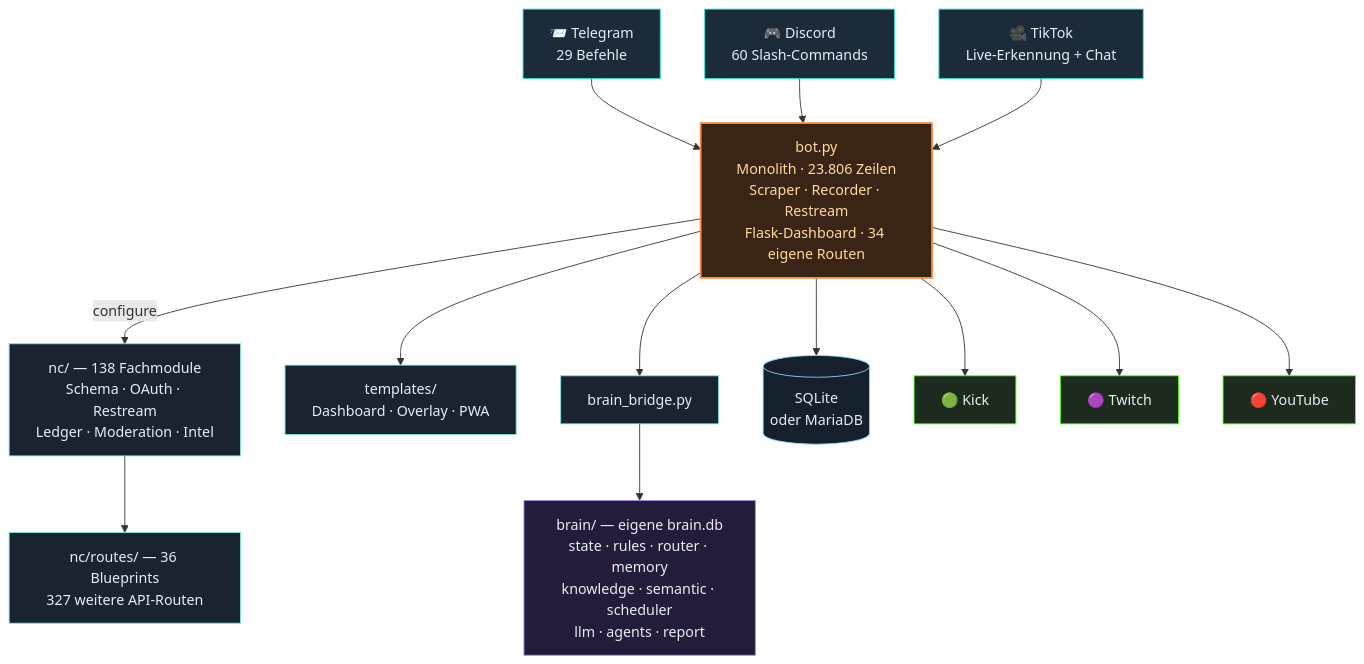
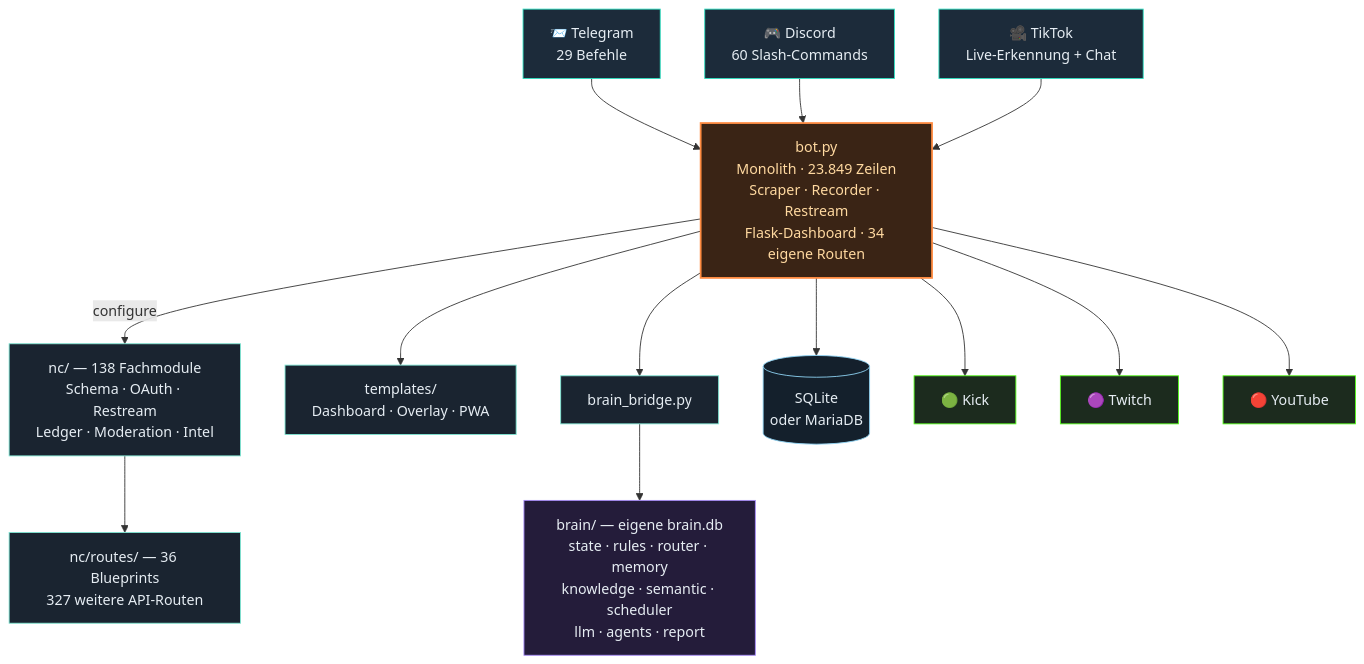
Before and after one commit to itsamemedev/Telegram-Stream-Info-Bot: the third of 4 diagrams in README.md, drawn with Mermaid. The commit also changed other lines of this file and 8 other files, not shown here.

````diff
--- a/README.md
+++ b/README.md
@@ -189,30 +189,30 @@
 ```mermaid
 flowchart TB
     TG["📨 Telegram<br/>29 Befehle"]:::ein
     DC["🎮 Discord<br/>60 Slash-Commands"]:::ein
     TT["🎥 TikTok<br/>Live-Erkennung + Chat"]:::ein
 
     TG --> BOT
     DC --> BOT
     TT --> BOT
 
-    BOT["bot.py<br/>Monolith · 23.806 Zeilen<br/>Scraper · Recorder · Restream<br/>Flask-Dashboard · 34 eigene Routen"]:::core
+    BOT["bot.py<br/>Monolith · 23.849 Zeilen<br/>Scraper · Recorder · Restream<br/>Flask-Dashboard · 34 eigene Routen"]:::core
 
     BOT -->|configure| NC["nc/ — 138 Fachmodule<br/>Schema · OAuth · Restream<br/>Ledger · Moderation · Intel"]:::lib
     NC --> RT["nc/routes/ — 36 Blueprints<br/>327 weitere API-Routen"]:::lib
     BOT --> TPL["templates/<br/>Dashboard · Overlay · PWA"]:::lib
     BOT --> BR["brain_bridge.py"]:::lib
     BR --> BRAIN["brain/ — eigene brain.db<br/>state · rules · router · memory<br/>knowledge · semantic · scheduler<br/>llm · agents · report"]:::brain
     BOT --> DB[("SQLite<br/>oder MariaDB")]:::db
 
     BOT --> KICK["🟢 Kick"]:::out
     BOT --> TW["🟣 Twitch"]:::out
     BOT --> YT["🔴 YouTube"]:::out
 
     classDef ein fill:#1c2b3a,stroke:#2de1c2,color:#e6edf3
     classDef core fill:#3a2415,stroke:#ff8c42,stroke-width:2px,color:#ffd9a0
     classDef lib fill:#1a2430,stroke:#7fe7d4,color:#e6edf3
     classDef brain fill:#241c3a,stroke:#a78bfa,color:#e6edf3
     classDef db fill:#14202c,stroke:#8fd3f4,color:#e6edf3
     classDef out fill:#1c2b1e,stroke:#53fc18,color:#e6edf3
 ```
````
